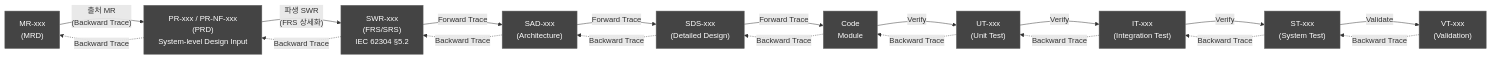
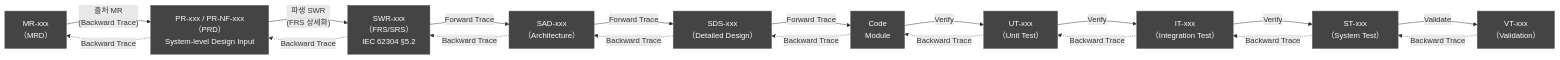
One commit to holee9/console-gui changed diagram 16 of 16 in docs/planning/DOC-002_PRD_v2.0.md. Above: the diagram before and after it, drawn with Mermaid. The commit also changed other lines of this file and 22 other files, not shown here.

First line of the commit message:
fix: Mermaid flowchart 노드 내 괄호 파싱 오류 전면 수정

````diff
--- a/docs/planning/DOC-002_PRD_v2.0.md
+++ b/docs/planning/DOC-002_PRD_v2.0.md
@@ -1654,34 +1654,34 @@
 ```mermaid
 flowchart LR
     classDef default fill:#444,stroke:#666,color:#fff
-    MR["MR-xxx\n(MRD)"]
-    PR["PR-xxx / PR-NF-xxx\n(PRD)\nSystem-level Design Input"]
-    SWR["SWR-xxx\n(FRS/SRS)\nIEC 62304 §5.2"]
-    SAD_["SAD-xxx\n(Architecture)"]
-    SDS_["SDS-xxx\n(Detailed Design)"]
+    MR["MR-xxx\n（MRD）"]
+    PR["PR-xxx / PR-NF-xxx\n（PRD）\nSystem-level Design Input"]
+    SWR["SWR-xxx\n（FRS/SRS）\nIEC 62304 §5.2"]
+    SAD_["SAD-xxx\n（Architecture）"]
+    SDS_["SDS-xxx\n（Detailed Design）"]
     CODE_["Code\nModule"]
-    UT_["UT-xxx\n(Unit Test)"]
-    IT_["IT-xxx\n(Integration Test)"]
-    ST_["ST-xxx\n(System Test)"]
-    VT_["VT-xxx\n(Validation)"]
+    UT_["UT-xxx\n（Unit Test）"]
+    IT_["IT-xxx\n（Integration Test）"]
+    ST_["ST-xxx\n（System Test）"]
+    VT_["VT-xxx\n（Validation）"]
 
     MR -->|"출처 MR\n(Backward Trace)"| PR
     PR -->|"파생 SWR\n(FRS 상세화)"| SWR
     SWR -->|Forward Trace| SAD_
     SAD_ -->|Forward Trace| SDS_
     SDS_ -->|Forward Trace| CODE_
     CODE_ -->|Verify| UT_
     UT_ -->|Verify| IT_
     IT_ -->|Verify| ST_
     ST_ -->|Validate| VT_
 
     VT_ -.->|Backward Trace| ST_
     ST_ -.->|Backward Trace| IT_
     IT_ -.->|Backward Trace| UT_
     UT_ -.->|Backward Trace| CODE_
     CODE_ -.->|Backward Trace| SDS_
     SDS_ -.->|Backward Trace| SAD_
     SAD_ -.->|Backward Trace| SWR
     SWR -.->|Backward Trace| PR
     PR -.->|Backward Trace| MR
 ```
````
